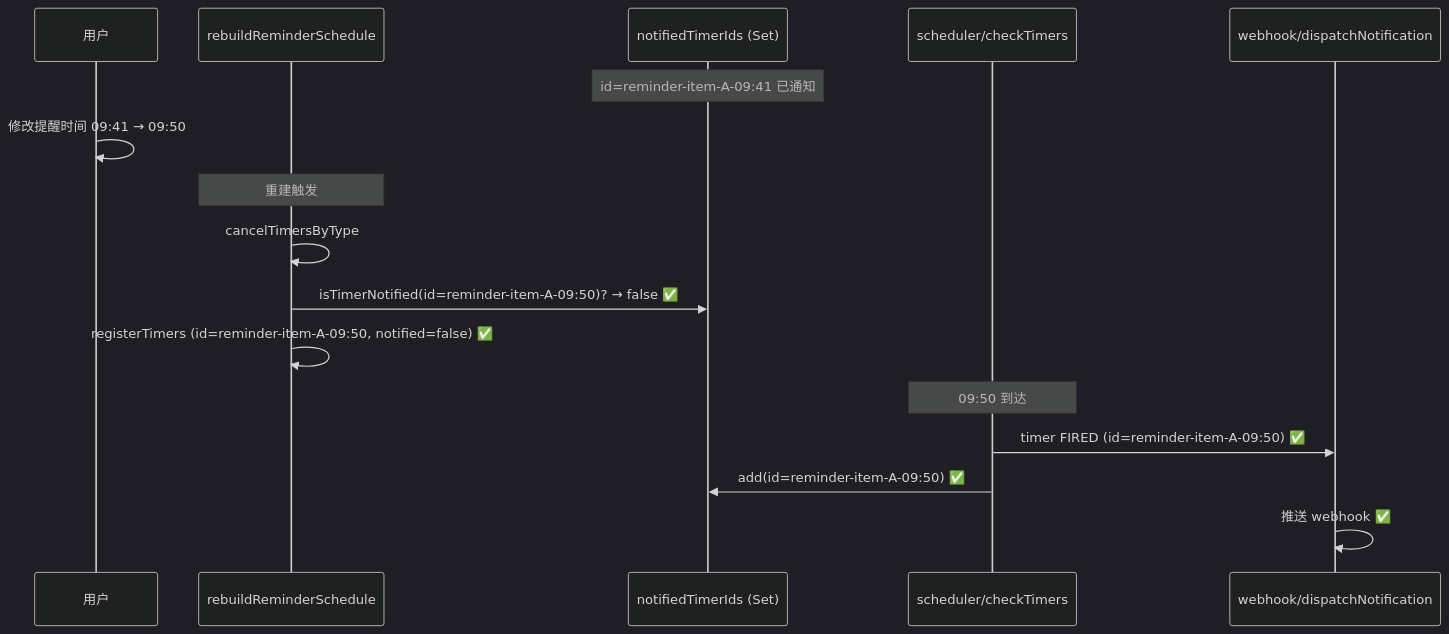
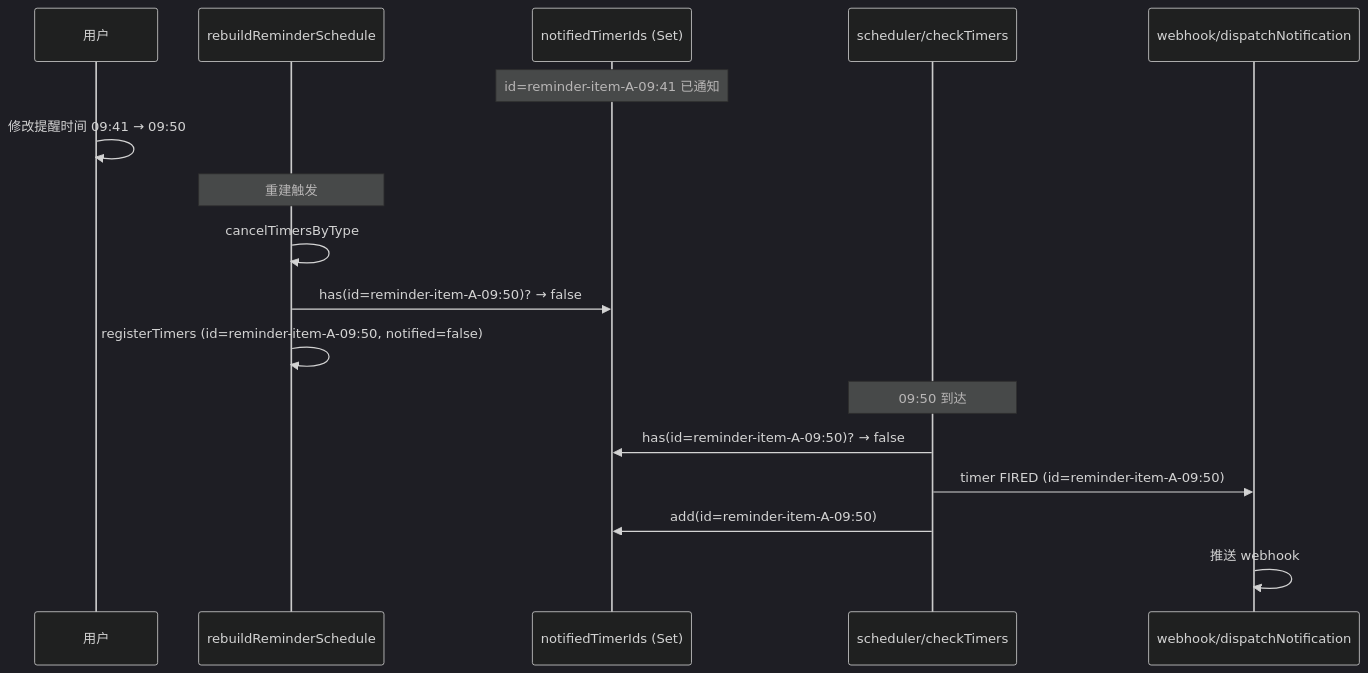
Before and after one commit to MoonBottle/siyuan-plugin-bullet-journal: the second of 2 diagrams in docs/superpowers/specs/2026-05-28-webhook-reminder-dedup-design.md, drawn with Mermaid (dark theme). The commit also changed other lines of this file and 7 other files, not shown here.

````diff
--- a/docs/superpowers/specs/2026-05-28-webhook-reminder-dedup-design.md
+++ b/docs/superpowers/specs/2026-05-28-webhook-reminder-dedup-design.md
@@ -105,21 +107,22 @@
 ```mermaid
 sequenceDiagram
     participant USER as 用户
     participant RRS as rebuildReminderSchedule
     participant NTIDS as notifiedTimerIds (Set)
     participant SCH as scheduler/checkTimers
     participant WH as webhook/dispatchNotification
 
     Note over NTIDS: id=reminder-item-A-09:41 已通知
 
     USER->>USER: 修改提醒时间 09:41 → 09:50
     Note over RRS: 重建触发
     RRS->>RRS: cancelTimersByType
-    RRS->>NTIDS: isTimerNotified(id=reminder-item-A-09:50)? → false ✅
-    RRS->>RRS: registerTimers (id=reminder-item-A-09:50, notified=false) ✅
+    RRS->>NTIDS: has(id=reminder-item-A-09:50)? → false
+    RRS->>RRS: registerTimers (id=reminder-item-A-09:50, notified=false)
 
     Note over SCH: 09:50 到达
-    SCH->>WH: timer FIRED (id=reminder-item-A-09:50) ✅
-    SCH->>NTIDS: add(id=reminder-item-A-09:50) ✅
-    WH->>WH: 推送 webhook ✅
+    SCH->>NTIDS: has(id=reminder-item-A-09:50)? → false
+    SCH->>WH: timer FIRED (id=reminder-item-A-09:50)
+    SCH->>NTIDS: add(id=reminder-item-A-09:50)
+    WH->>WH: 推送 webhook
 ```
````
